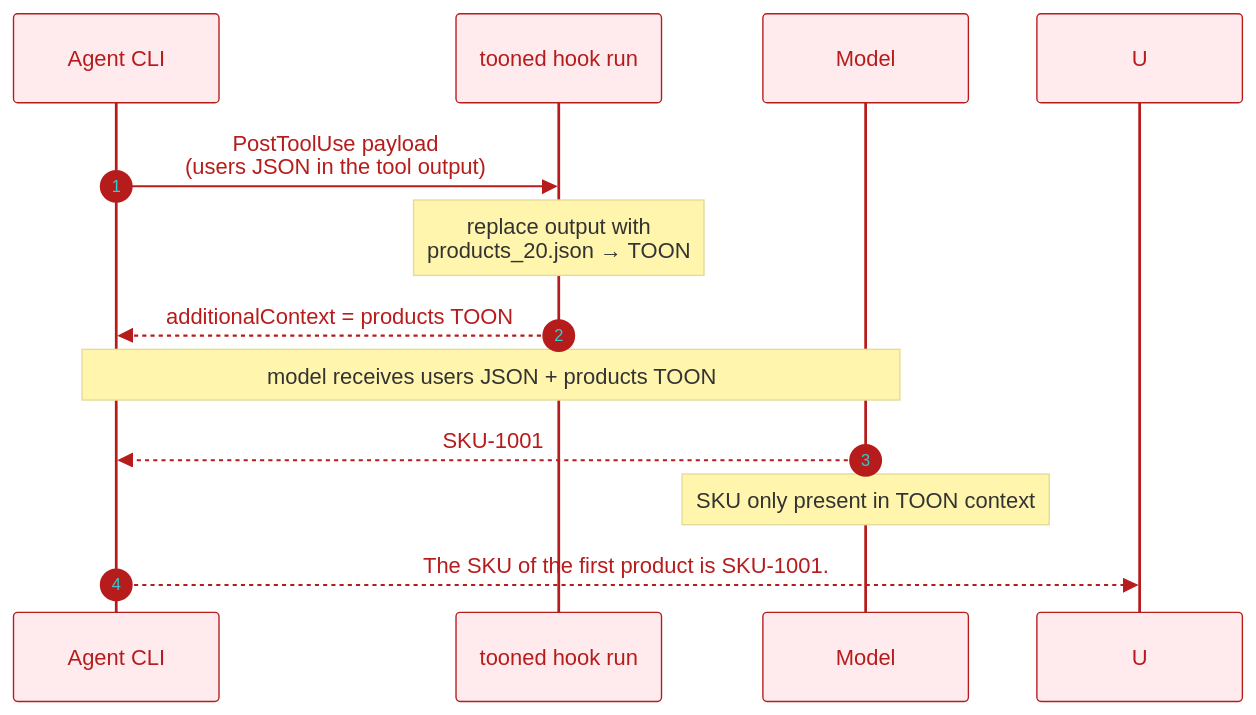
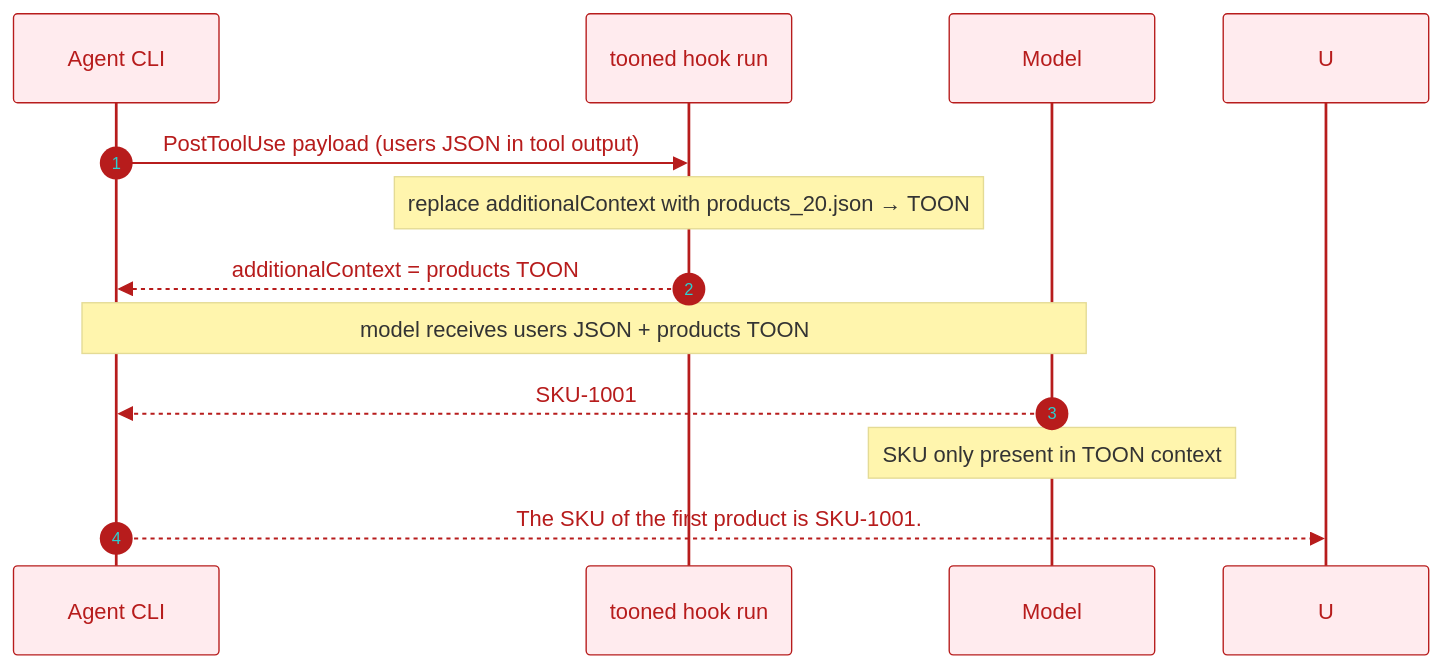
One commit to w0wl0lxd/tooned changed the second of 2 diagrams in docs/agents/toon-context-proof.md. Above: the diagram before and after it, drawn with Mermaid. The commit also changed other lines of this file and 8 other files, not shown here.

````diff
--- a/docs/agents/toon-context-proof.md
+++ b/docs/agents/toon-context-proof.md
@@ -102,16 +85,16 @@
 ```mermaid
 %%{init: {'theme': 'base', 'themeVariables': { 'primaryColor': '#ffebee', 'primaryTextColor': '#b71c1c', 'primaryBorderColor': '#b71c1c', 'lineColor': '#d32f2f', 'secondaryColor': '#fff3e0'}}}%%
 sequenceDiagram
     autonumber
     participant A as Agent CLI
     participant T as tooned hook run
     participant M as Model
 
-    A->>T: PostToolUse payload<br/>(users JSON in the tool output)
-    Note over T: replace output with<br/>products_20.json → TOON
+    A->>T: PostToolUse payload (users JSON in tool output)
+    Note over T: replace additionalContext with products_20.json → TOON
     T-->>A: additionalContext = products TOON
     Note over A,M: model receives users JSON + products TOON
     M-->>A: SKU-1001
     Note over M: SKU only present in TOON context
     A-->>U: The SKU of the first product is SKU-1001.
 ```
````
